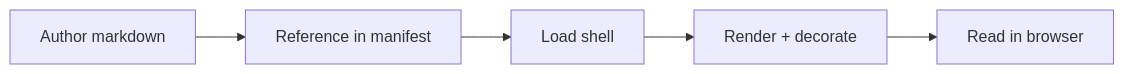
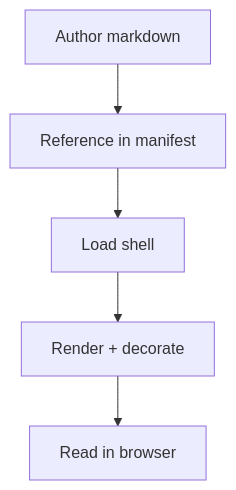
Before and after one commit to fabioc-aloha/Alex_Skill_Mall: the diagram in plugins/data-analytics/alex-act-illustrator-plugin/skills/docs-shell/starter/about.md, drawn with Mermaid. The commit also changed 61 other files, not shown here.

````diff
--- a/plugins/data-analytics/alex-act-illustrator-plugin/skills/docs-shell/starter/about.md
+++ b/plugins/data-analytics/alex-act-illustrator-plugin/skills/docs-shell/starter/about.md
@@ -74,7 +74,7 @@
 ```mermaid
-flowchart LR
+flowchart TD
   A[Author markdown] --> B[Reference in manifest]
   B --> C[Load shell]
   C --> D[Render + decorate]
   D --> E[Read in browser]
 ```
````
